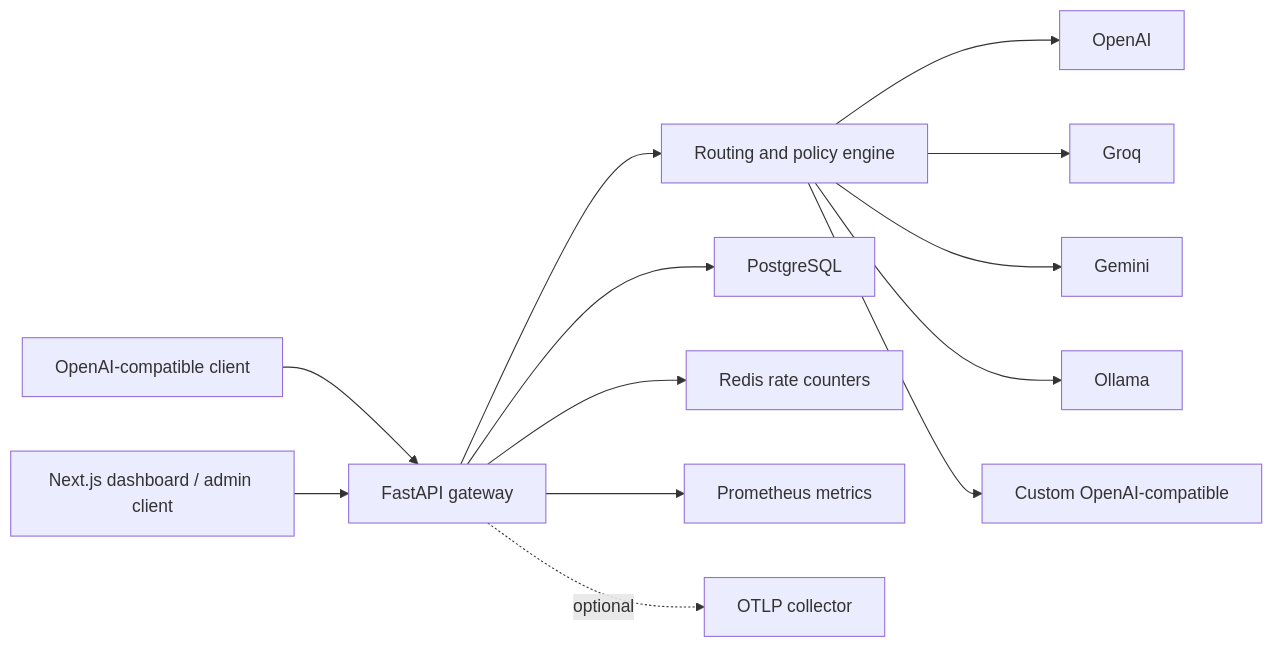
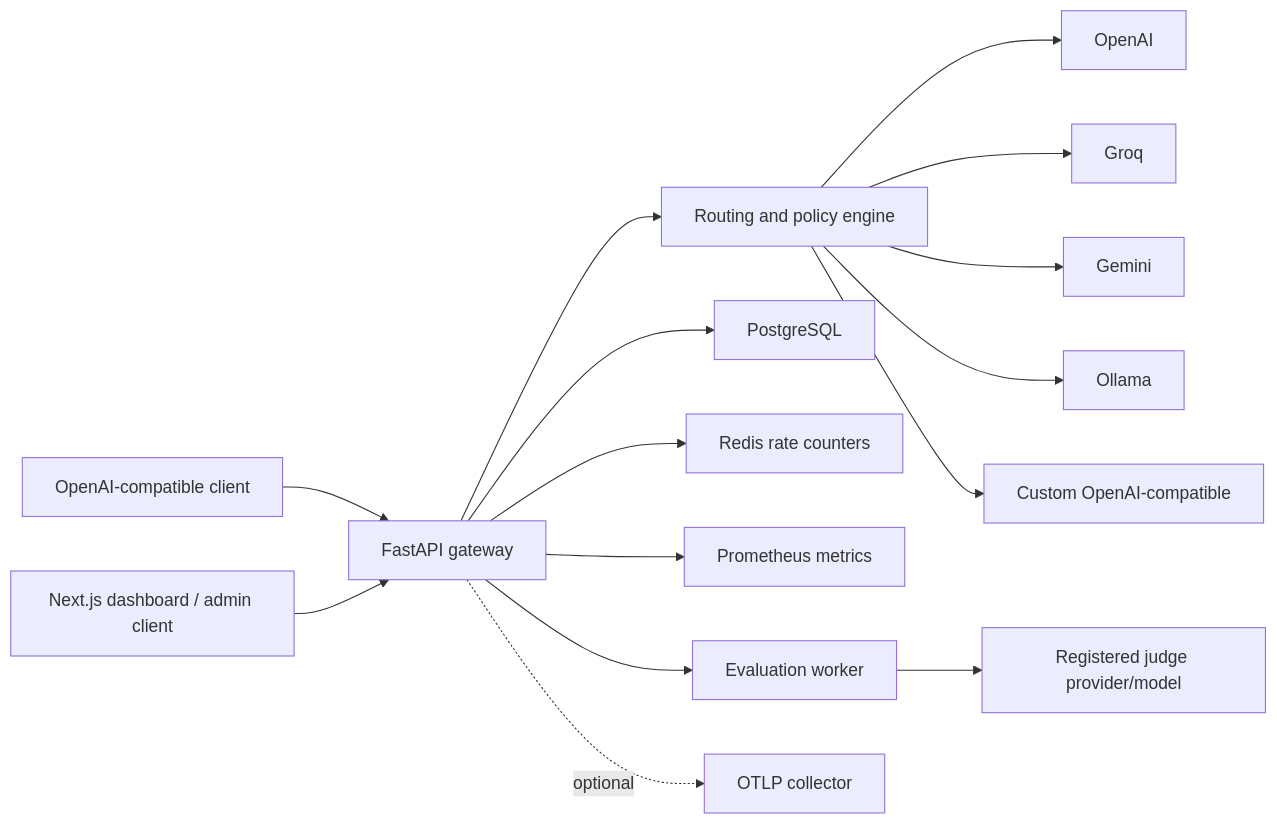
One commit to Maliq-dlt/ModelDock-Self-Hosted-AI-Control-Plane changed the diagram in docs/architecture.md. Above: the diagram before and after it, drawn with Mermaid. The commit also changed other lines of this file and 43 other files, not shown here.

````diff
--- a/docs/architecture.md
+++ b/docs/architecture.md
@@ -7,15 +7,17 @@
 ```mermaid
 flowchart LR
     Client["OpenAI-compatible client"] --> API["FastAPI gateway"]
     Admin["Next.js dashboard / admin client"] --> API
     API --> Router["Routing and policy engine"]
     Router --> OpenAI["OpenAI"]
     Router --> Groq["Groq"]
     Router --> Gemini["Gemini"]
     Router --> Ollama["Ollama"]
     Router --> Custom["Custom OpenAI-compatible"]
     API --> PostgreSQL["PostgreSQL"]
     API --> Redis["Redis rate counters"]
     API --> Metrics["Prometheus metrics"]
+    API --> Worker["Evaluation worker"]
+    Worker --> Judge["Registered judge provider/model"]
     API -. optional .-> OTLP["OTLP collector"]
 ```
````
